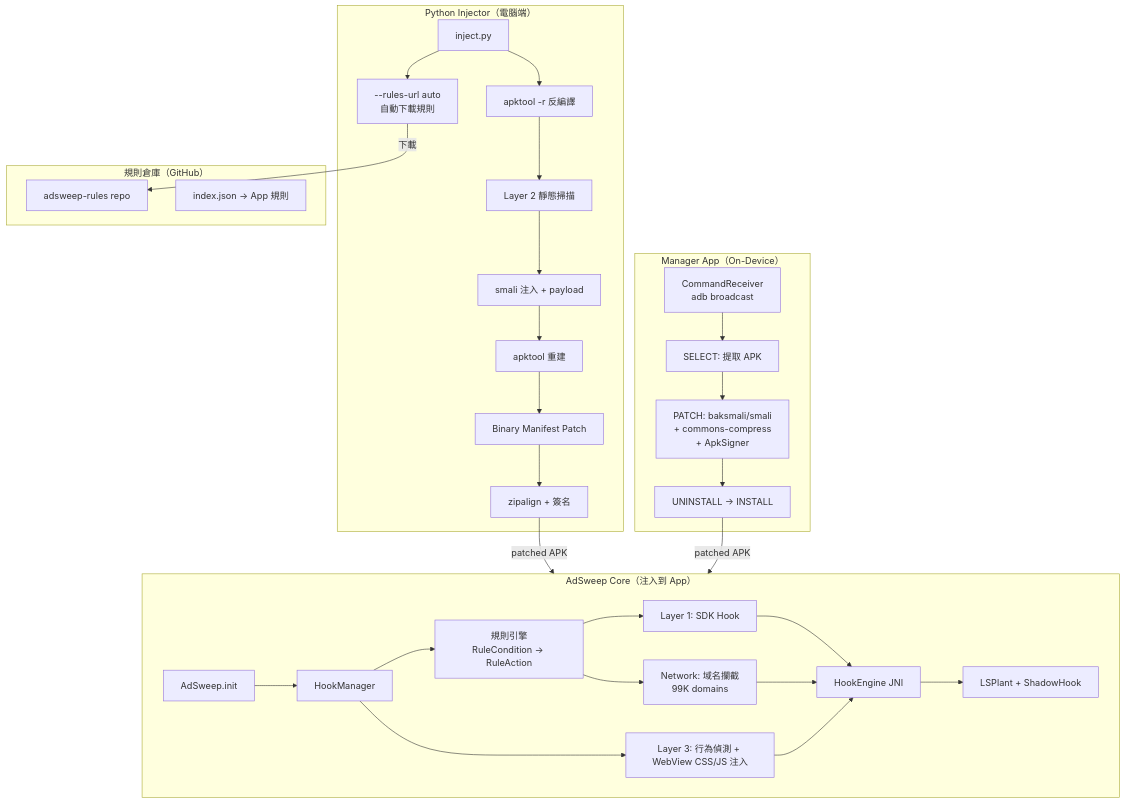
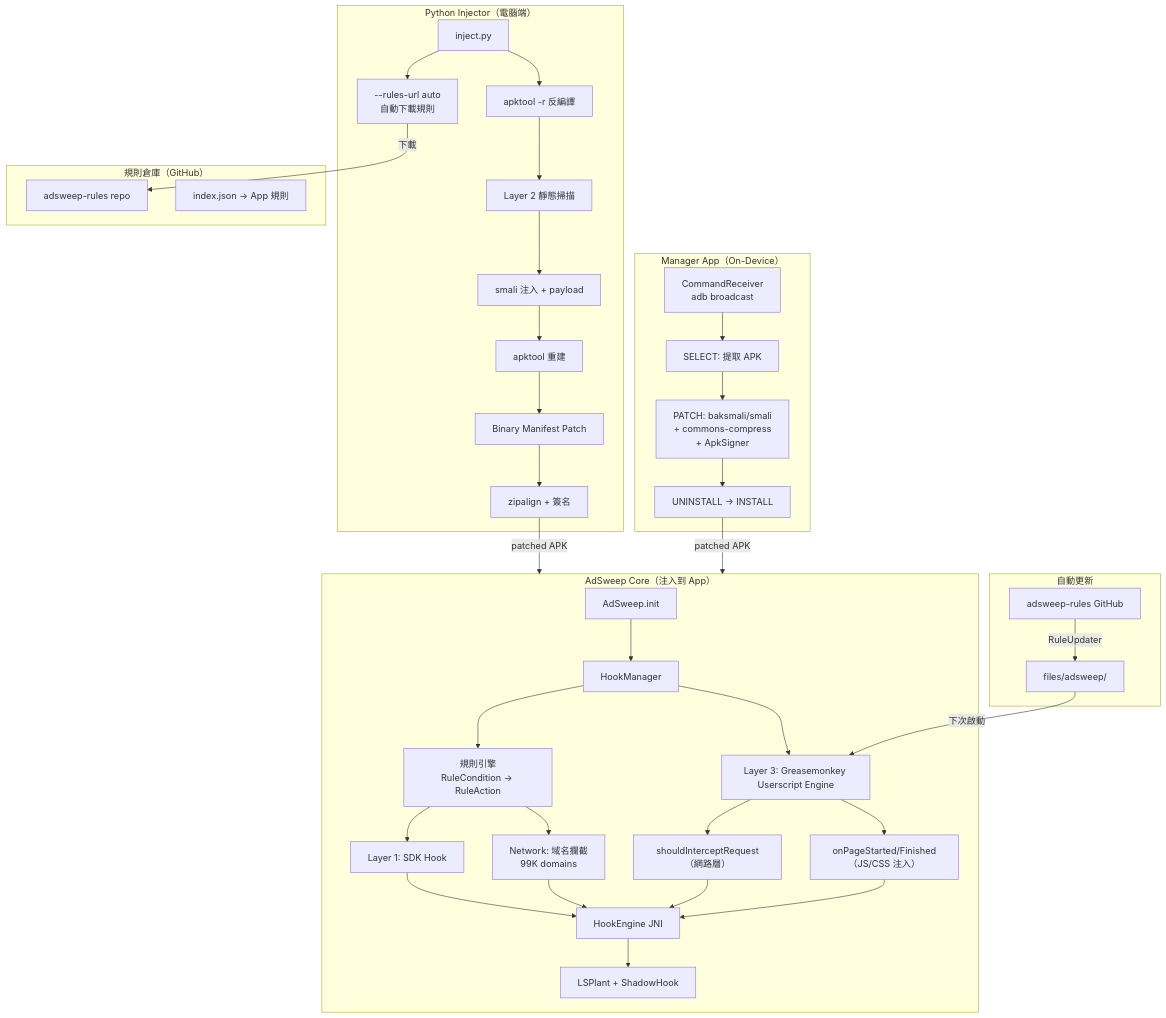
Before and after one commit to tzyyung/AdSweep: the second of 3 diagrams in README.md, drawn with Mermaid. The commit also changed 3 other files, not shown here.

First line of the commit message:
Update docs: Greasemonkey engine, auto-update, AccuWeather debugging

````diff
--- a/README.md
+++ b/README.md
@@ -76,39 +76,47 @@
 ```mermaid
 graph TB
     subgraph Injector["Python Injector（電腦端）"]
         A[inject.py] --> A1["--rules-url auto<br>自動下載規則"]
         A --> B[apktool -r 反編譯]
         B --> C[Layer 2 靜態掃描]
         C --> D[smali 注入 + payload]
         D --> E[apktool 重建]
         E --> F[Binary Manifest Patch]
         F --> G[zipalign + 簽名]
     end
 
     subgraph ManagerApp["Manager App（On-Device）"]
         MA1["CommandReceiver<br>adb broadcast"] --> MA2["SELECT: 提取 APK"]
         MA2 --> MA3["PATCH: baksmali/smali<br>+ commons-compress<br>+ ApkSigner"]
         MA3 --> MA4["UNINSTALL → INSTALL"]
     end
 
     subgraph Core["AdSweep Core（注入到 App）"]
         H[AdSweep.init] --> I[HookManager]
         I --> I1["規則引擎<br>RuleCondition → RuleAction"]
         I1 --> J[Layer 1: SDK Hook]
         I1 --> J2["Network: 域名攔截<br>99K domains"]
-        I --> K["Layer 3: 行為偵測 + WebView CSS/JS 注入"]
+        I --> K["Layer 3: Greasemonkey Userscript Engine"]
+        K --> K1["shouldInterceptRequest（網路層）"]
+        K --> K2["onPageStarted/Finished（JS/CSS 注入）"]
         J --> L[HookEngine JNI]
         J2 --> L
-        K --> L
+        K1 --> L
+        K2 --> L
         L --> M[LSPlant + ShadowHook]
+    end
+
+    subgraph AutoUpdate["自動更新"]
+        AU["adsweep-rules GitHub"] -->|RuleUpdater| AUF["files/adsweep/"]
+        AUF -->|"下次啟動"| K
     end
 
     subgraph Rules["規則倉庫（GitHub）"]
         R1[adsweep-rules repo]
         R2[index.json → App 規則]
     end
 
     A1 -->|下載| R1
     G -->|patched APK| Core
     MA4 -->|patched APK| Core
 ```
````
